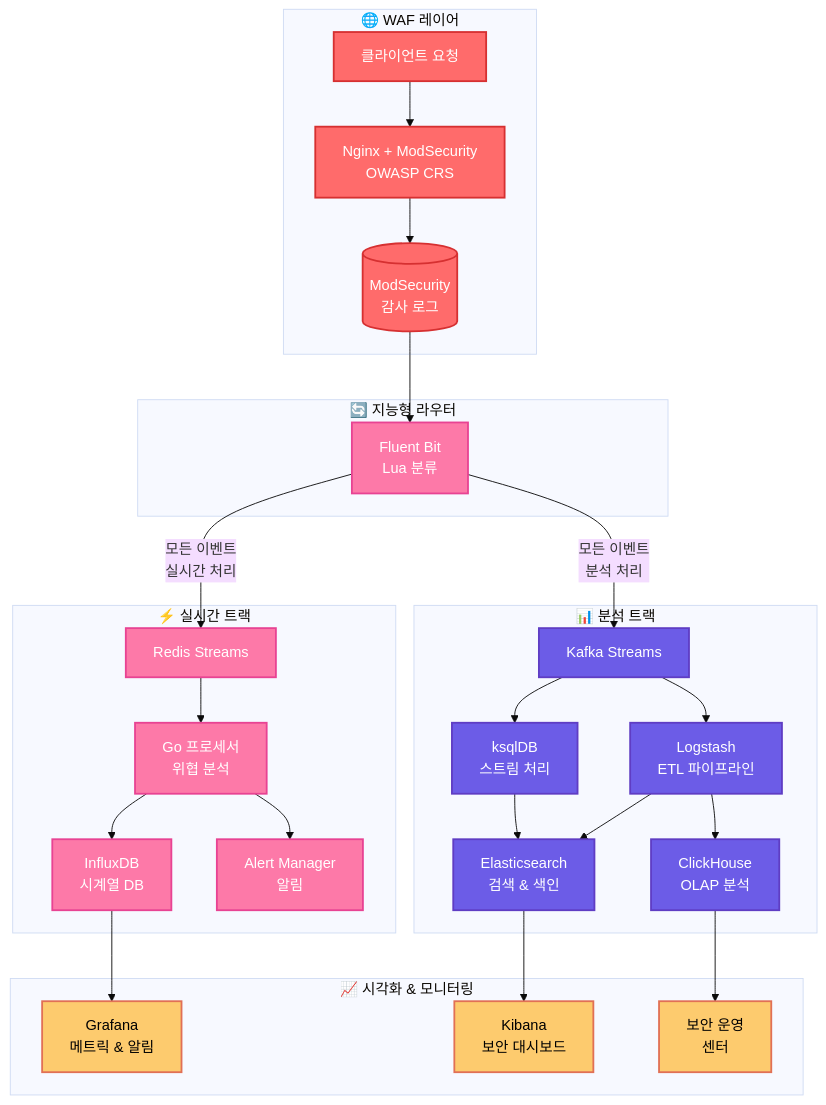
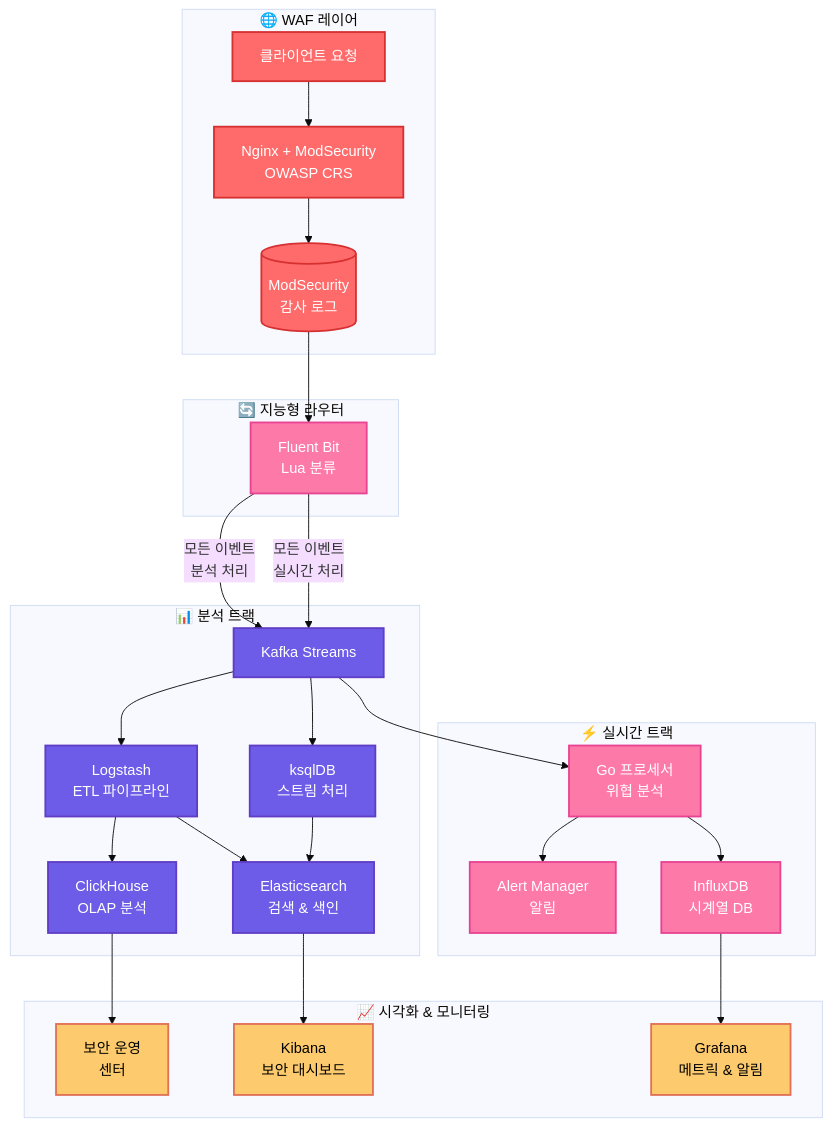
One commit to rojae/waf changed the diagram in README.md. Above: the diagram before and after it, drawn with Mermaid (base theme). The commit also changed other lines of this file and 1 other file, not shown here.

````diff
--- a/README.md
+++ b/README.md
@@ -31,60 +31,59 @@
 ```mermaid
 flowchart TB
     classDef waf fill:#ff6b6b,stroke:#d63031,color:#fff,stroke-width:2
     classDef realtime fill:#fd79a8,stroke:#e84393,color:#fff,stroke-width:2
     classDef analytics fill:#6c5ce7,stroke:#5f3dc4,color:#fff,stroke-width:2
     classDef storage fill:#00b894,stroke:#00a085,color:#fff,stroke-width:2
     classDef monitoring fill:#fdcb6e,stroke:#e17055,color:#000,stroke-width:2
 
     subgraph "🌐 WAF 레이어"
         Client[클라이언트 요청]:::waf
         WAF[Nginx + ModSecurity<br/>OWASP CRS]:::waf
         Logs[(ModSecurity<br/>감사 로그)]:::waf
     end
 
     subgraph "🔄 지능형 라우터"
         FluentBit[Fluent Bit<br/>Lua 분류]:::realtime
     end
 
     subgraph "⚡ 실시간 트랙"
-        RedisStreams[Redis Streams]:::realtime
         RealtimeProcessor[Go 프로세서<br/>위협 분석]:::realtime
         InfluxDB[InfluxDB<br/>시계열 DB]:::realtime
         Alerts[Alert Manager<br/>알림]:::realtime
     end
 
     subgraph "📊 분석 트랙"
         Kafka[Kafka Streams]:::analytics
         KsqlDB[ksqlDB<br/>스트림 처리]:::analytics
         Logstash[Logstash<br/>ETL 파이프라인]:::analytics
         Elasticsearch[Elasticsearch<br/>검색 & 색인]:::analytics
         ClickHouse[ClickHouse<br/>OLAP 분석]:::analytics
     end
 
     subgraph "📈 시각화 & 모니터링"
         Kibana[Kibana<br/>보안 대시보드]:::monitoring
         Grafana[Grafana<br/>메트릭 & 알림]:::monitoring
         Dashboard[보안 운영<br/>센터]:::monitoring
     end
 
     Client --> WAF
     WAF --> Logs
     Logs --> FluentBit
 
-    FluentBit -->|모든 이벤트<br/>실시간 처리| RedisStreams
+    FluentBit -->|모든 이벤트<br/>실시간 처리| Kafka
     FluentBit -->|모든 이벤트<br/>분석 처리| Kafka
 
-    RedisStreams --> RealtimeProcessor
+    Kafka --> RealtimeProcessor
     RealtimeProcessor --> InfluxDB
     RealtimeProcessor --> Alerts
 
     Kafka --> KsqlDB
     Kafka --> Logstash
     KsqlDB --> Elasticsearch
     Logstash --> Elasticsearch
     Logstash --> ClickHouse
 
     InfluxDB --> Grafana
     Elasticsearch --> Kibana
     ClickHouse --> Dashboard
 ```
````
